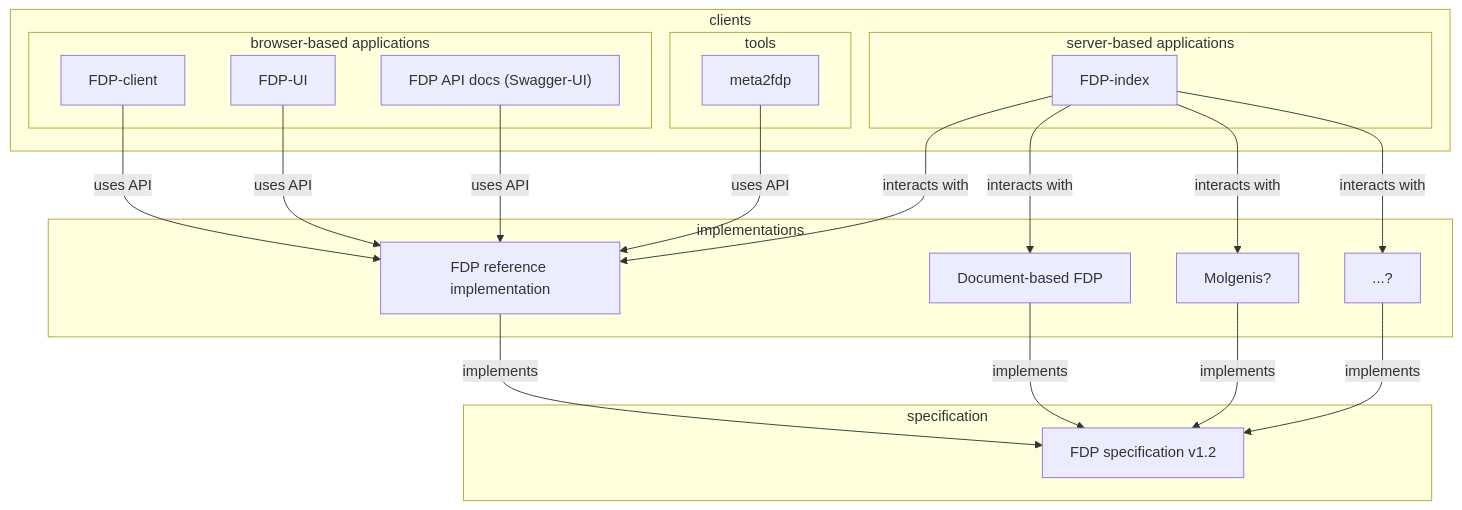
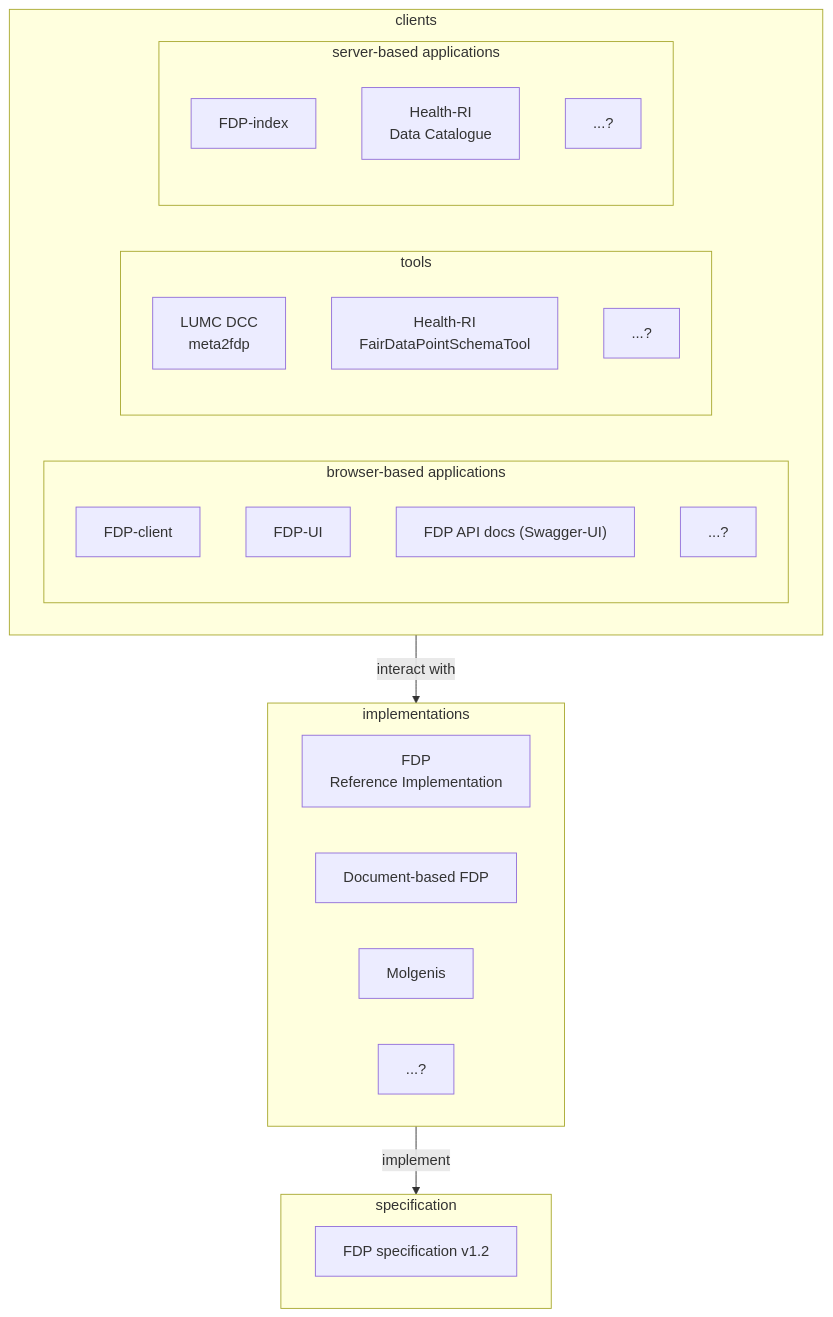
The diagram in diagrams/disambiguation.mermaid (FAIRDataTeam/community), drawn with Mermaid before and after one commit.

Commit message:
connect subgraphs instead of individual components in disambiguation diagram

```diff
--- a/diagrams/disambiguation.mermaid
+++ b/diagrams/disambiguation.mermaid
@@ -1,43 +1,31 @@
 flowchart
   subgraph specification
     fdp-specs[FDP specification v1.2]
   end
   subgraph implementations
-    fdp["FDP reference implementation"]
+    fdp["FDP<br>Reference Implementation"]
     doc["Document-based FDP"]
-    molgenis["Molgenis?"]
-    more["...?"]
+    molgenis["Molgenis"]
+    other-implementation["...?"]
   end
   subgraph clients
     subgraph browser-based applications
       fdp-client["FDP-client"]
       fdp-ui["FDP-UI"]
       swagger["FDP API docs (Swagger-UI)"]
+      other-browser[...?]
     end
-%%    subgraph command line
-%%      curl["curl"]
-%%    end
     subgraph tools
-      meta2fdp["meta2fdp"]
+      meta2fdp["LUMC DCC<br>meta2fdp"]
+      hri-schema["Health-RI<br>FairDataPointSchemaTool"]
+      other-tool["...?"]
     end
     subgraph server-based applications
       fdp-index["FDP-index"]
+      hri-catalog["Health-RI<br>Data Catalogue"]
+      other-server[...?]
     end
   end
 
-  fdp -- implements --> fdp-specs
-  doc -- implements --> fdp-specs
-  molgenis -- implements --> fdp-specs
-  more -- implements --> fdp-specs
-
-  fdp-client -- uses API --> fdp
-  fdp-ui -- uses API --> fdp
-  swagger -- uses API --> fdp
-
-%%  curl -- uses API --> fdp
-
-  meta2fdp -- uses API --> fdp
-  fdp-index -- interacts with --> fdp
-  fdp-index -- interacts with --> doc
-  fdp-index -- interacts with --> molgenis
-  fdp-index -- interacts with --> more
+  implementations -- implement --> specification
+  clients -- interact with --> implementations
```
